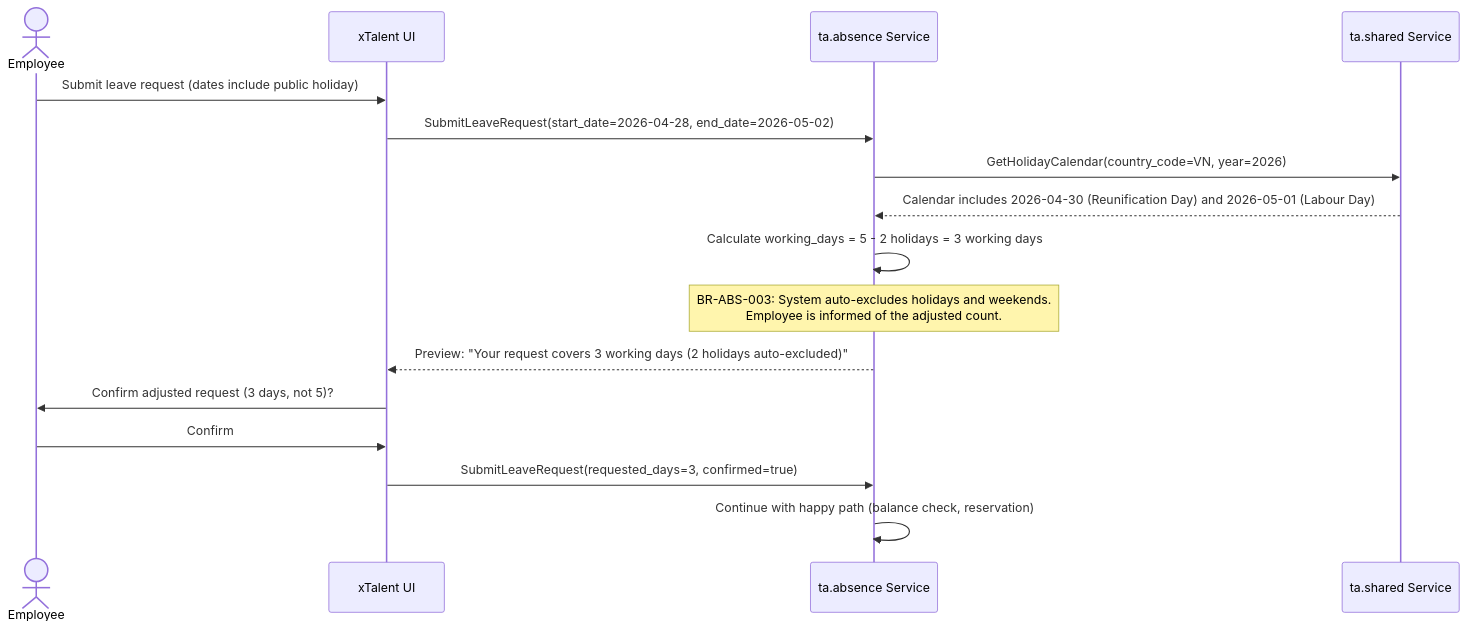
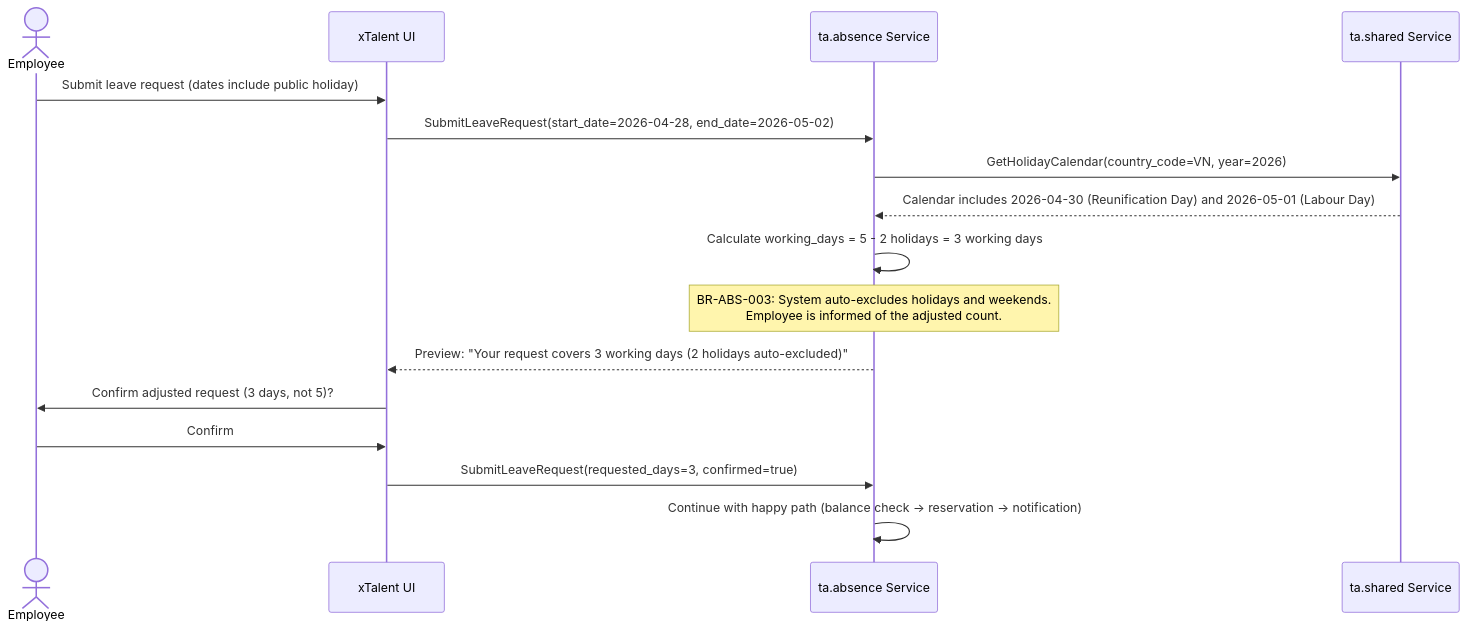
One commit to a4b-corporation/xTalent changed the fifth of 5 diagrams in docs/01-modules/TA/03.domain/absence/flows/submit-leave-request.flow.md. Above: the diagram before and after it, drawn with Mermaid. The commit also changed other lines of this file and 125 other files, not shown here.

Commit message:
docs: sync from a4b-doc - update TA flow

````diff
--- a/docs/01-modules/TA/03.domain/absence/flows/submit-leave-request.flow.md
+++ b/docs/01-modules/TA/03.domain/absence/flows/submit-leave-request.flow.md
@@ -122,23 +240,23 @@
 ```mermaid
 sequenceDiagram
     actor Employee
     participant UI as xTalent UI
     participant ABS as ta.absence Service
     participant SHD as ta.shared Service
 
     Employee->>UI: Submit leave request (dates include public holiday)
     UI->>ABS: SubmitLeaveRequest(start_date=2026-04-28, end_date=2026-05-02)
 
     ABS->>SHD: GetHolidayCalendar(country_code=VN, year=2026)
     SHD-->>ABS: Calendar includes 2026-04-30 (Reunification Day) and 2026-05-01 (Labour Day)
 
     ABS->>ABS: Calculate working_days = 5 - 2 holidays = 3 working days
     Note over ABS: BR-ABS-003: System auto-excludes holidays and weekends.<br/>Employee is informed of the adjusted count.
 
     ABS-->>UI: Preview: "Your request covers 3 working days (2 holidays auto-excluded)"
     UI->>Employee: Confirm adjusted request (3 days, not 5)?
 
     Employee->>UI: Confirm
     UI->>ABS: SubmitLeaveRequest(requested_days=3, confirmed=true)
-    ABS->>ABS: Continue with happy path (balance check, reservation)
+    ABS->>ABS: Continue with happy path (balance check → reservation → notification)
 ```
````
